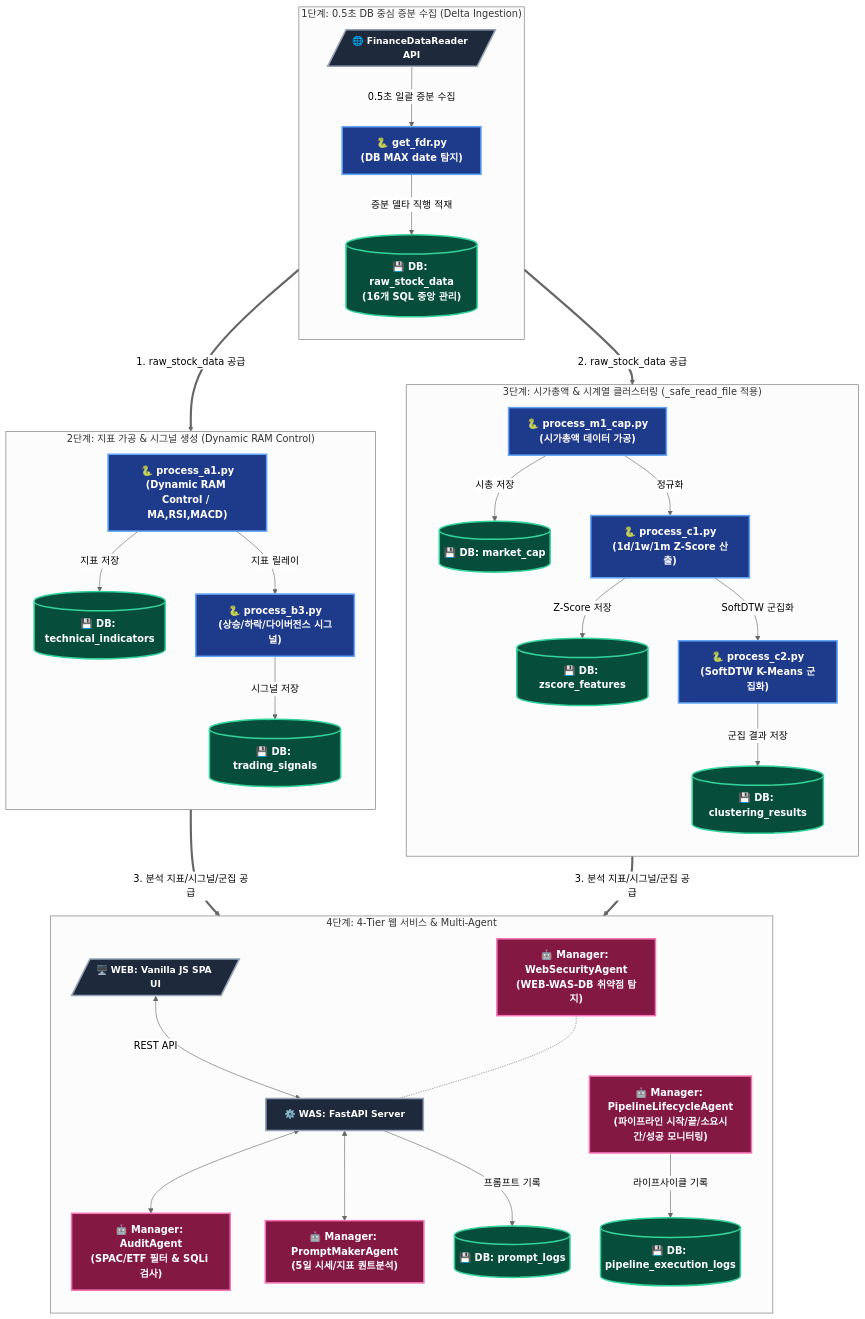
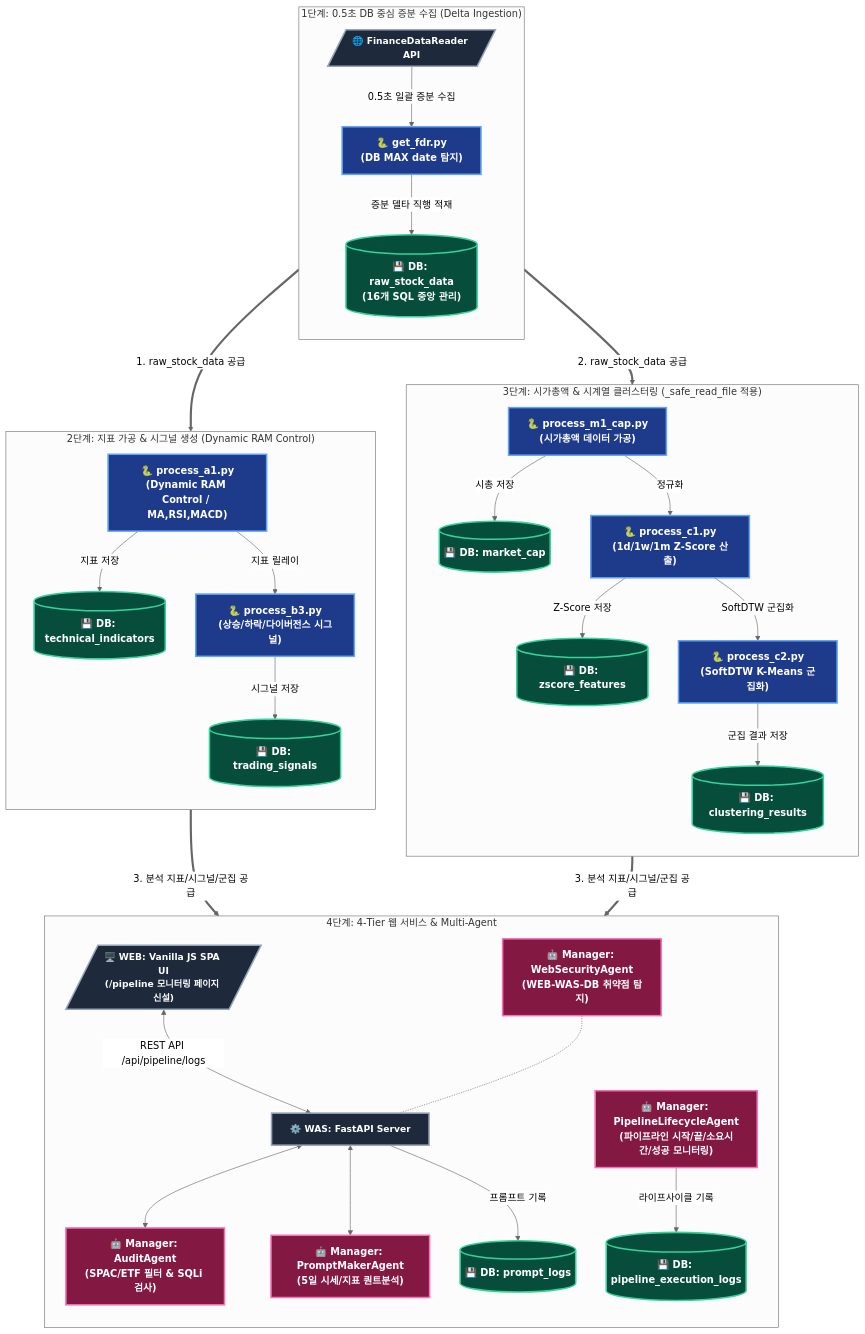
Before and after one commit to hugingstar/ggeolmu: the first of 2 diagrams in README.md, drawn with Mermaid (neutral theme). The commit also changed other lines of this file and 8 other files, not shown here.

Commit message:
feat: 웹사이트 파이프라인 모니터링 신규 페이지(/pipeline) 추가 및 네비게이션 헤더 메뉴 일괄 개편

````diff
--- a/README.md
+++ b/README.md
@@ -14,56 +14,56 @@
 ```mermaid
 flowchart TD
     %% 수직 순차 흐름 및 큼직한 폰트(16px, bold) 스타일 정의
     classDef pythonEngine fill:#1e3a8a,stroke:#60a5fa,stroke-width:2.5px,color:#ffffff,font-size:16px,font-weight:bold;
     classDef dbStorage fill:#064e3b,stroke:#34d399,stroke-width:2.5px,color:#ffffff,font-size:16px,font-weight:bold;
     classDef agentManager fill:#831843,stroke:#f472b6,stroke-width:2.5px,color:#ffffff,font-size:16px,font-weight:bold;
     classDef webServer fill:#1e293b,stroke:#94a3b8,stroke-width:2.5px,color:#ffffff,font-size:15px,font-weight:bold;
 
     %% 1단계: DB 중심 초고속 증분 수집 및 DB 직행 적재
     subgraph Step1 ["1단계: 0.5초 DB 중심 증분 수집 (Delta Ingestion)"]
         direction TB
         FDR[/"🌐 FinanceDataReader API"/] -->|0.5초 일괄 증분 수집| GetFDR["🐍 get_fdr.py<br>(DB MAX date 탐지)"]
         GetFDR -->|증분 델타 직행 적재| DB_Raw[("💾 DB: raw_stock_data<br>(16개 SQL 중앙 관리)")]
     end
 
     %% 2단계: 기술적 지표 및 시그널 연산
     subgraph Step2 ["2단계: 지표 가공 & 시그널 생성 (Dynamic RAM Control)"]
         direction TB
         ProcessA1["🐍 process_a1.py<br>(Dynamic RAM Control / MA,RSI,MACD)"] -->|지표 저장| DB_Tech[("💾 DB: technical_indicators")]
         ProcessA1 -->|지표 릴레이| ProcessB3["🐍 process_b3.py<br>(상승/하락/다이버전스 시그널)"]
         ProcessB3 -->|시그널 저장| DB_Signal[("💾 DB: trading_signals")]
     end
 
     %% 3단계: 시계열 클러스터링
     subgraph Step3 ["3단계: 시가총액 & 시계열 클러스터링 (_safe_read_file 적용)"]
         direction TB
         ProcessM1["🐍 process_m1_cap.py<br>(시가총액 데이터 가공)"] -->|시총 저장| DB_Cap[("💾 DB: market_cap")]
         ProcessM1 -->|정규화| ProcessC1["🐍 process_c1.py<br>(1d/1w/1m Z-Score 산출)"]
         ProcessC1 -->|Z-Score 저장| DB_ZScore[("💾 DB: zscore_features")]
         ProcessC1 -->|SoftDTW 군집화| ProcessC2["🐍 process_c2.py<br>(SoftDTW K-Means 군집화)"]
         ProcessC2 -->|군집 결과 저장| DB_Cluster[("💾 DB: clustering_results")]
     end
 
     %% 4단계: 4-Tier 웹 서비스 & 멀티 에이전트
     subgraph Step4 ["4단계: 4-Tier 웹 서비스 & Multi-Agent"]
         direction TB
-        UI[/"🖥️ WEB: Vanilla JS SPA UI"/] <-->|REST API| WAS["⚙️ WAS: FastAPI Server"]
+        UI[/"🖥️ WEB: Vanilla JS SPA UI<br>(/pipeline 모니터링 페이지 신설)"/] <-->|REST API /api/pipeline/logs| WAS["⚙️ WAS: FastAPI Server"]
         WAS <--> Audit["🤖 Manager: AuditAgent<br>(SPAC/ETF 필터 & SQLi 검사)"]
         WAS <--> PromptAgent["🤖 Manager: PromptMakerAgent<br>(5일 시세/지표 퀀트분석)"]
         WAS -->|프롬프트 기록| DB_Logs[("💾 DB: prompt_logs")]
         
         PipeAgent["🤖 Manager: PipelineLifecycleAgent<br>(파이프라인 시작/끝/소요시간/성공 모니터링)"] -->|라이프사이클 기록| DB_PipeLogs[("💾 DB: pipeline_execution_logs")]
         SecAgent["🤖 Manager: WebSecurityAgent<br>(WEB-WAS-DB 취약점 탐지)"] -.- WAS
     end
 
     %% [위에서 아래로 이어지는 수직 메인 데이터 흐름선]
     Step1 ==>|1. raw_stock_data 공급| Step2
     Step1 ==>|2. raw_stock_data 공급| Step3
     Step2 & Step3 ==>|3. 분석 지표/시그널/군집 공급| Step4
 
     %% 노드 스타일 지정 (.py: 파란색, DB: 녹색, 에이전트: 핑크, Web/WAS: 슬레이트)
     class GetFDR,ProcessA1,ProcessB3,ProcessM1,ProcessC1,ProcessC2 pythonEngine;
     class DB_Raw,DB_Tech,DB_Signal,DB_Cap,DB_ZScore,DB_Cluster,DB_Logs,DB_PipeLogs dbStorage;
     class Audit,PromptAgent,PipeAgent,SecAgent agentManager;
     class UI,WAS,FDR webServer;
 ```
````
